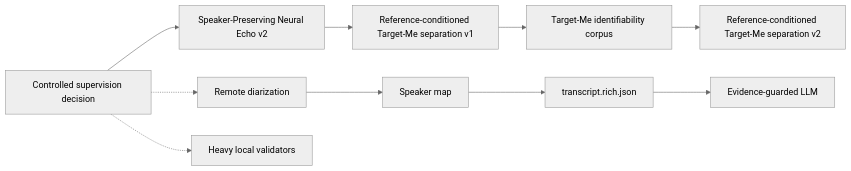
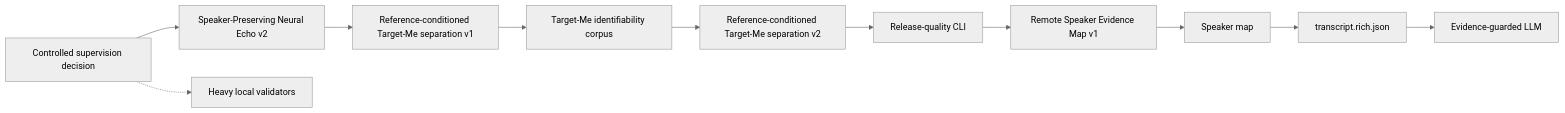
The third of 4 diagrams in docs/roadmap/murmurmark-cli-roadmap.md (asukhodko/murmurmark), drawn with Mermaid (neutral theme) before and after one commit. The commit also changed other lines of this file and 25 other files, not shown here.

Commit message:
feat: ship release-quality CLI

````diff
--- a/docs/roadmap/murmurmark-cli-roadmap.md
+++ b/docs/roadmap/murmurmark-cli-roadmap.md
@@ -226,17 +198,18 @@
 ```mermaid
 flowchart LR
     Q["Controlled supervision decision"]
     E["Speaker-Preserving Neural Echo v2"]
     X["Reference-conditioned Target-Me separation v1"]
     I["Target-Me identifiability corpus"]
     C["Reference-conditioned Target-Me separation v2"]
-    D["Remote diarization"]
+    R["Release-quality CLI"]
+    D["Remote Speaker Evidence Map v1"]
     S["Speaker map"]
     T["transcript.rich.json"]
     V["Heavy local validators"]
     L["Evidence-guarded LLM"]
 
-    Q --> E --> X --> I --> C
-    Q -.-> D --> S --> T --> L
+    Q --> E --> X --> I --> C --> R --> D
+    D --> S --> T --> L
     Q -.-> V
 ```
````
